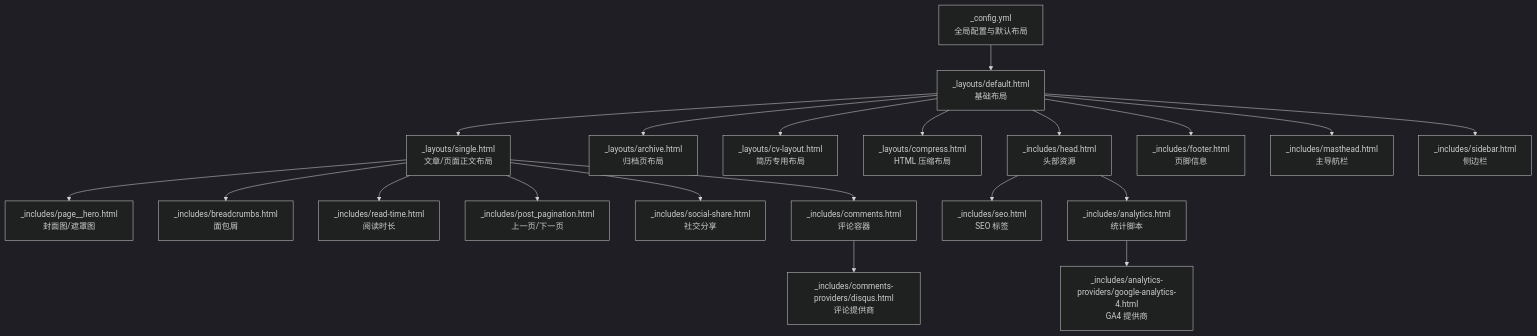
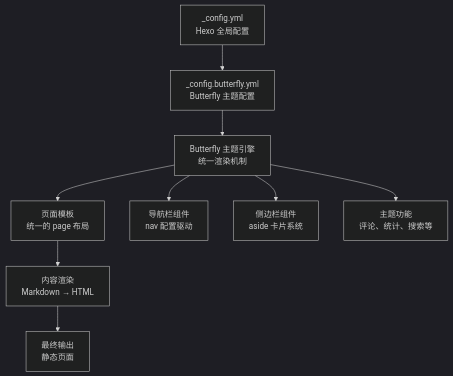
One commit to CoolPig0720/CoolPig0720.github.io changed the first of 6 diagrams in .qoder/repowiki/zh/content/页面布局和模板系统/页面布局和模板系统.md. Above: the diagram before and after it, drawn with Mermaid (dark theme). The commit also changed other lines of this file and 36 other files, not shown here.

````diff
--- a/.qoder/repowiki/zh/content/页面布局和模板系统/页面布局和模板系统.md
+++ b/.qoder/repowiki/zh/content/页面布局和模板系统/页面布局和模板系统.md
@@ -55,22 +48,11 @@
 ```mermaid
 graph TB
-A["_config.yml<br/>全局配置与默认布局"] --> B["_layouts/default.html<br/>基础布局"]
-B --> C["_layouts/single.html<br/>文章/页面正文布局"]
-B --> D["_layouts/archive.html<br/>归档页布局"]
-B --> E["_layouts/cv-layout.html<br/>简历专用布局"]
-B --> F["_layouts/compress.html<br/>HTML 压缩布局"]
-B --> G["_includes/head.html<br/>头部资源"]
-B --> H["_includes/footer.html<br/>页脚信息"]
-B --> I["_includes/masthead.html<br/>主导航栏"]
-B --> J["_includes/sidebar.html<br/>侧边栏"]
-C --> K["_includes/page__hero.html<br/>封面图/遮罩图"]
-C --> L["_includes/breadcrumbs.html<br/>面包屑"]
-C --> M["_includes/read-time.html<br/>阅读时长"]
-C --> N["_includes/post_pagination.html<br/>上一页/下一页"]
-C --> O["_includes/social-share.html<br/>社交分享"]
-C --> P["_includes/comments.html<br/>评论容器"]
-P --> Q["_includes/comments-providers/disqus.html<br/>评论提供商"]
-G --> R["_includes/seo.html<br/>SEO 标签"]
-G --> S["_includes/analytics.html<br/>统计脚本"]
-S --> T["_includes/analytics-providers/google-analytics-4.html<br/>GA4 提供商"]
+A["_config.yml<br/>Hexo 全局配置"] --> B["_config.butterfly.yml<br/>Butterfly 主题配置"]
+B --> C["Butterfly 主题引擎<br/>统一渲染机制"]
+C --> D["页面模板<br/>统一的 page 布局"]
+C --> E["导航栏组件<br/>nav 配置驱动"]
+C --> F["侧边栏组件<br/>aside 卡片系统"]
+C --> G["主题功能<br/>评论、统计、搜索等"]
+D --> H["内容渲染<br/>Markdown → HTML"]
+H --> I["最终输出<br/>静态页面"]
 ```
````
